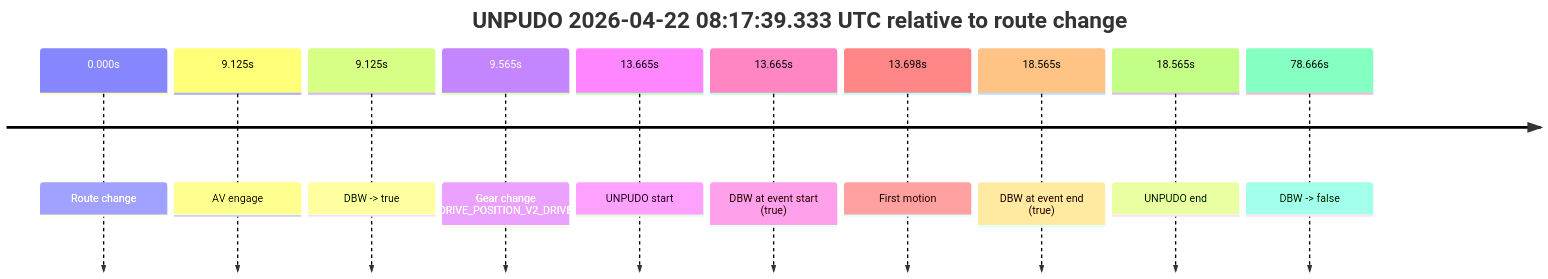
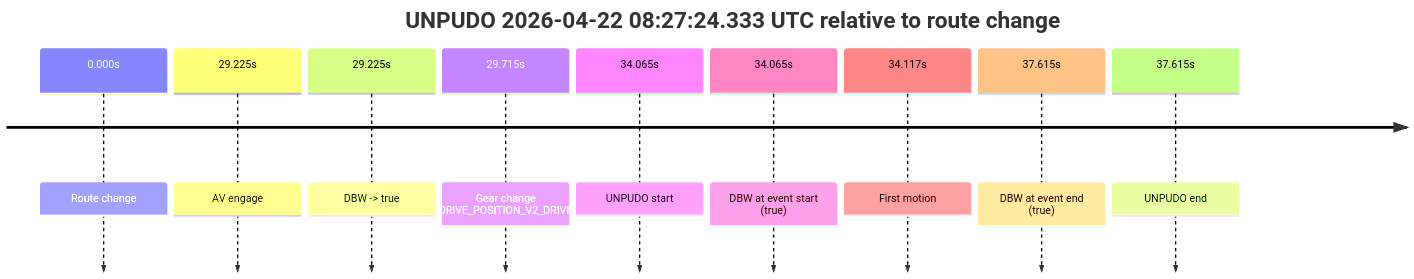
One commit to yoelshapiro/vault changed the diagram in model_analysis/report_cards/2026/04/Week-4/fme20032--2026-04-22--06-46-49--gen2-av-dfb7ae12-4c7d-40e2-ad4b-edb775cd0fbf.md. Above: the diagram before and after it, drawn with Mermaid. The commit also changed other lines of this file and 17 other files, not shown here.

````diff
--- a/model_analysis/report_cards/2026/04/Week-4/fme20032--2026-04-22--06-46-49--gen2-av-dfb7ae12-4c7d-40e2-ad4b-edb775cd0fbf.md
+++ b/model_analysis/report_cards/2026/04/Week-4/fme20032--2026-04-22--06-46-49--gen2-av-dfb7ae12-4c7d-40e2-ad4b-edb775cd0fbf.md
@@ -880,14 +42,13 @@
 ```mermaid
 timeline
-    title UNPUDO 2026-04-22 08:17:39.333 UTC relative to route change
+    title UNPUDO 2026-04-22 08:27:24.333 UTC relative to route change
     0.000s : Route change
-    9.125s : AV engage
-    9.125s : DBW -> true
-    9.565s : Gear change (DRIVE_POSITION_V2_DRIVE)
-    13.665s : UNPUDO start
-    13.665s : DBW at event start (true)
-    13.698s : First motion
-    18.565s : DBW at event end (true)
-    18.565s : UNPUDO end
-    78.666s : DBW -> false
+    29.225s : AV engage
+    29.225s : DBW -> true
+    29.715s : Gear change (DRIVE_POSITION_V2_DRIVE)
+    34.065s : UNPUDO start
+    34.065s : DBW at event start (true)
+    34.117s : First motion
+    37.615s : DBW at event end (true)
+    37.615s : UNPUDO end
 ```
````
